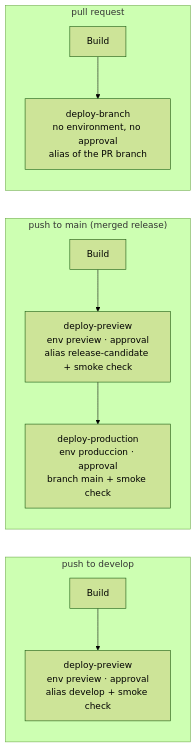
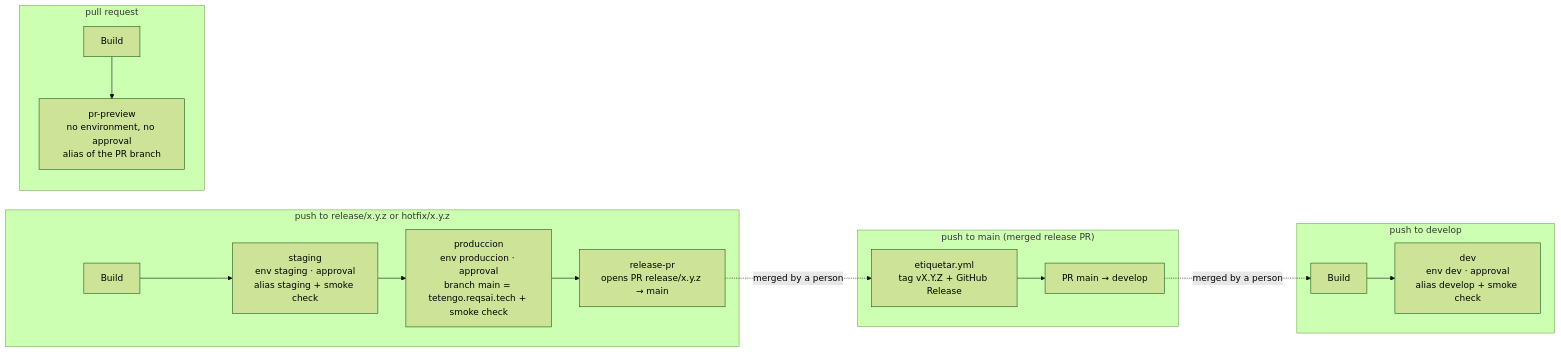
One commit to Te-Tengo-Tech/te-tengo-landing-astro changed the diagram in docs/DEPLOY.md. Above: the diagram before and after it, drawn with Mermaid (forest theme). The commit also changed other lines of this file and 5 other files, not shown here.

Commit message:
docs: describe the release flow, the stages and the Mac download

````diff
--- a/docs/DEPLOY.md
+++ b/docs/DEPLOY.md
@@ -56,13 +55,19 @@
 ```mermaid
 flowchart LR
-  subgraph develop["push to develop"]
-    B1[Build] --> P1["deploy-preview<br/>env preview · approval<br/>alias develop + smoke check"]
+  subgraph dev["push to develop"]
+    B1[Build] --> D1["dev<br/>env dev · approval<br/>alias develop + smoke check"]
   end
-  subgraph main["push to main (merged release)"]
-    B2[Build] --> P2["deploy-preview<br/>env preview · approval<br/>alias release-candidate + smoke check"]
-    P2 --> D2["deploy-production<br/>env produccion · approval<br/>branch main + smoke check"]
+  subgraph rel["push to release/x.y.z or hotfix/x.y.z"]
+    B2[Build] --> S2["staging<br/>env staging · approval<br/>alias staging + smoke check"]
+    S2 --> P2["produccion<br/>env produccion · approval<br/>branch main = tetengo.reqsai.tech + smoke check"]
+    P2 --> R2["release-pr<br/>opens PR release/x.y.z → main"]
+  end
+  subgraph main["push to main (merged release PR)"]
+    T3["etiquetar.yml<br/>tag vX.Y.Z + GitHub Release"] --> M3["PR main → develop"]
   end
   subgraph pr["pull request"]
-    B3[Build] --> R3["deploy-branch<br/>no environment, no approval<br/>alias of the PR branch"]
+    B4[Build] --> V4["pr-preview<br/>no environment, no approval<br/>alias of the PR branch"]
   end
+  R2 -. "merged by a person" .-> T3
+  M3 -. "merged by a person" .-> B1
 ```
````
